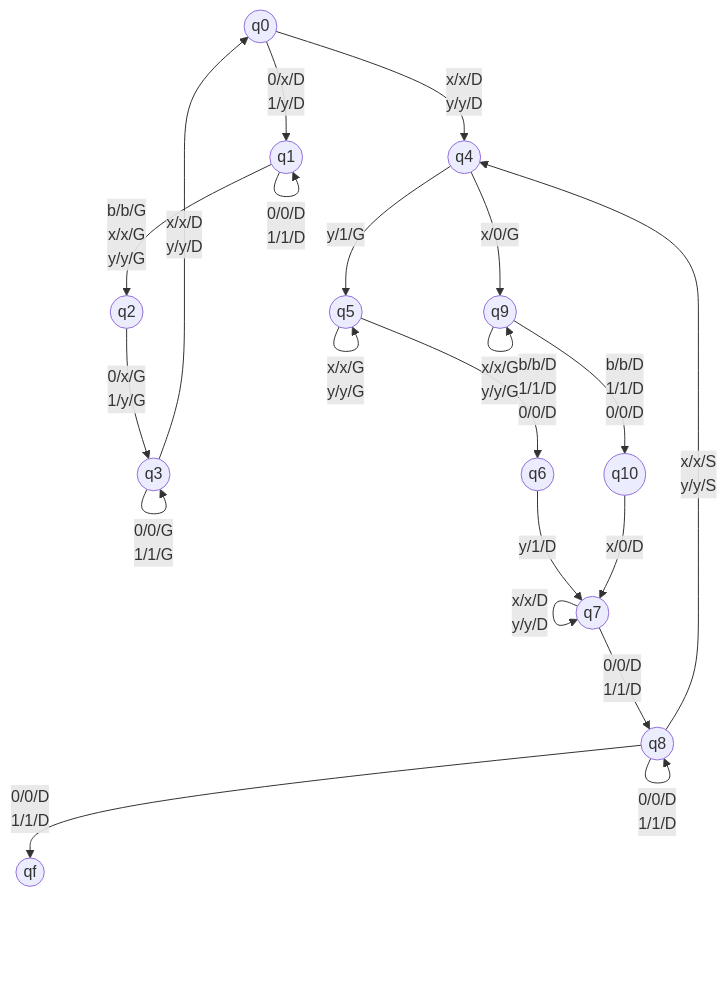
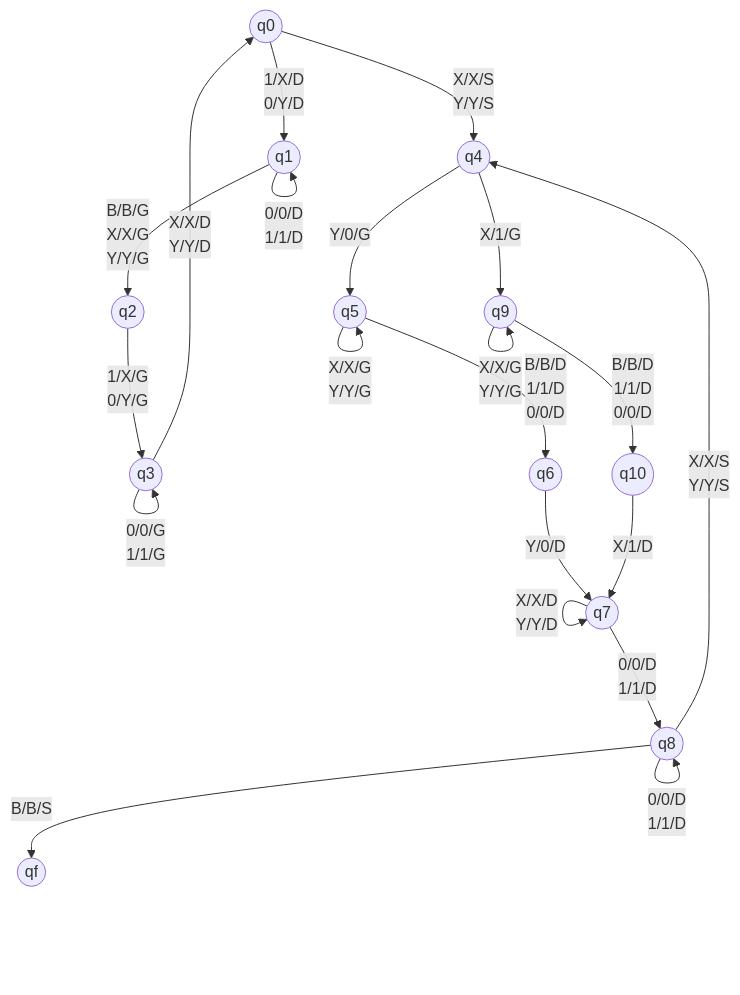
The third of 7 diagrams in TDs/TD2/TD2.md (FlorianLatapie/PNS-SI4-S7_Algorithmique), drawn with Mermaid before and after one commit. The commit also changed other lines of this file, not shown here.

````diff
--- a/TDs/TD2/TD2.md
+++ b/TDs/TD2/TD2.md
@@ -48,35 +80,36 @@
 ```mermaid
 graph TB
-    q0((q0)) --> | 0/x/D<br/>1/y/D | q1
-    q0((q0)) --> | x/x/D<br/>y/y/D | q4
+    q0((q0)) --> | 1/X/D<br/>0/Y/D | q1
+    q0((q0)) --> | X/X/S<br/>Y/Y/S | q4
 
     q1((q1)) --> | 0/0/D<br/>1/1/D | q1
-    q1((q1)) --> | b/b/G<br/>x/x/G<br/>y/y/G | q2
+    q1((q1)) --> | B/B/G<br/>X/X/G<br/>Y/Y/G | q2
 
-    q2((q2)) --> | 0/x/G<br/>1/y/G | q3
+    q2((q2)) --> | 1/X/G<br/>0/Y/G | q3
 
     q3((q3)) --> | 0/0/G<br/>1/1/G | q3
-    q3((q3)) --> | x/x/D<br/>y/y/D | q0
+    q3((q3)) --> | X/X/D<br/>Y/Y/D | q0
 
-    q4((q4)) --> | y/1/G | q5
-    q4((q4)) --> | x/0/G | q9
+    %% fin part 1
+    q4((q4)) --> | Y/0/G | q5
+    q4((q4)) --> | X/1/G | q9
 
-    q5((q5)) --> | x/x/G<br/>y/y/G | q5
-    q5((q5)) --> | b/b/D<br/>1/1/D<br/>0/0/D | q6
+    q5((q5)) --> | X/X/G<br/>Y/Y/G | q5
+    q5((q5)) --> | B/B/D<br/>1/1/D<br/>0/0/D | q6
 
-    q6((q6)) --> | y/1/D | q7
+    q6((q6)) --> | Y/0/D | q7
 
-    q7((q7)) --> | x/x/D<br/>y/y/D | q7
+    q7((q7)) --> | X/X/D<br/>Y/Y/D | q7
     q7((q7)) --> | 0/0/D<br/>1/1/D | q8
 
     q8((q8)) --> | 0/0/D<br/>1/1/D | q8
-    q8((q8)) --> | x/x/S<br/>y/y/S | q4
-    q8((q8)) --> | 0/0/D<br/>1/1/D | qf
+    q8((q8)) --> | X/X/S<br/>Y/Y/S | q4
+    q8((q8)) --> | B/B/S | qf
 
-    q9((q9)) --> | x/x/G<br/>y/y/G | q9
-    q9((q9)) --> | b/b/D<br/>1/1/D<br/>0/0/D | q10
+    q9((q9)) --> | X/X/G<br/>Y/Y/G | q9
+    q9((q9)) --> | B/B/D<br/>1/1/D<br/>0/0/D | q10
 
-    q10((q10)) --> | x/0/D | q7
+    q10((q10)) --> | X/1/D | q7
 
     qf((qf))
 ```
````
